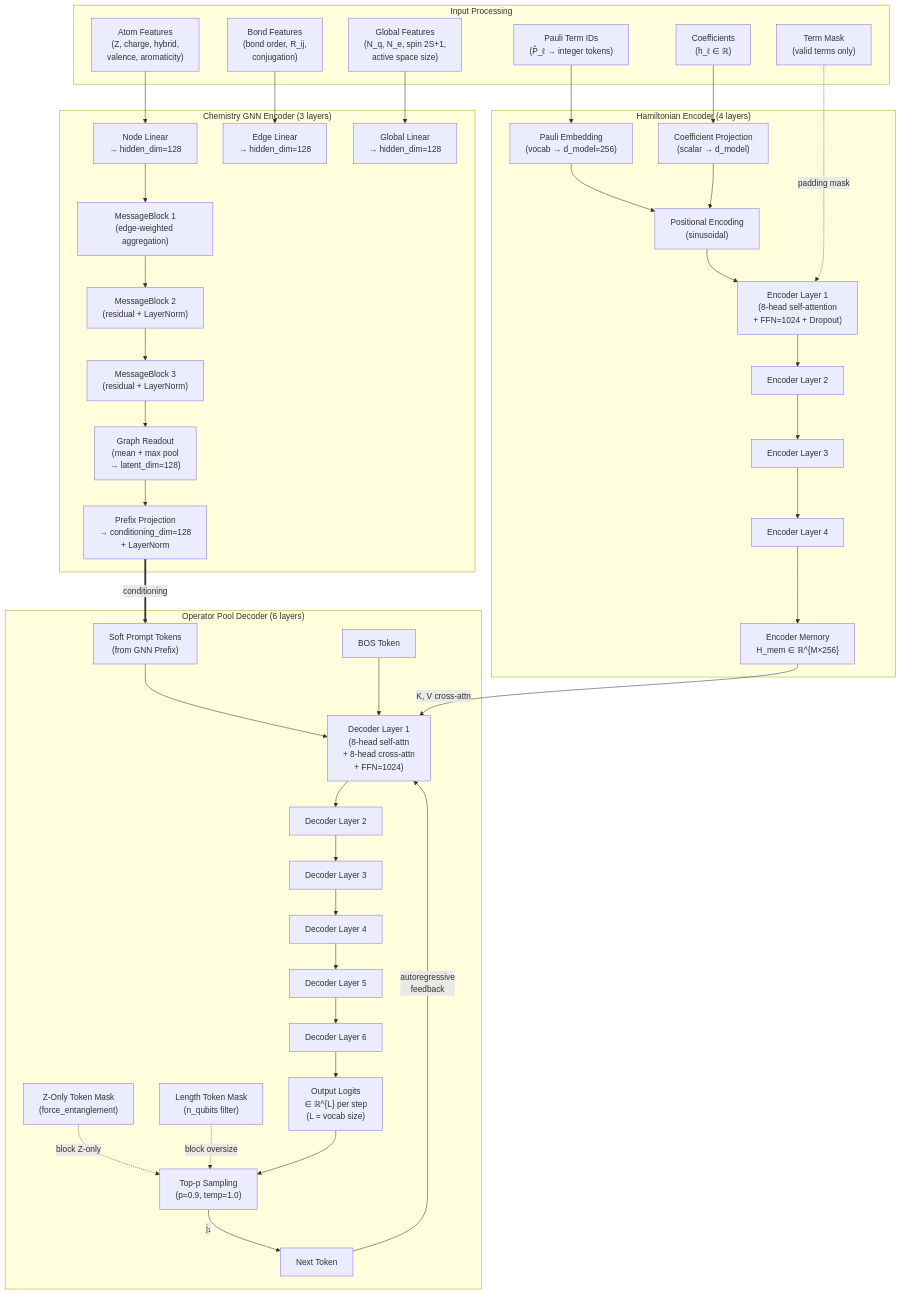
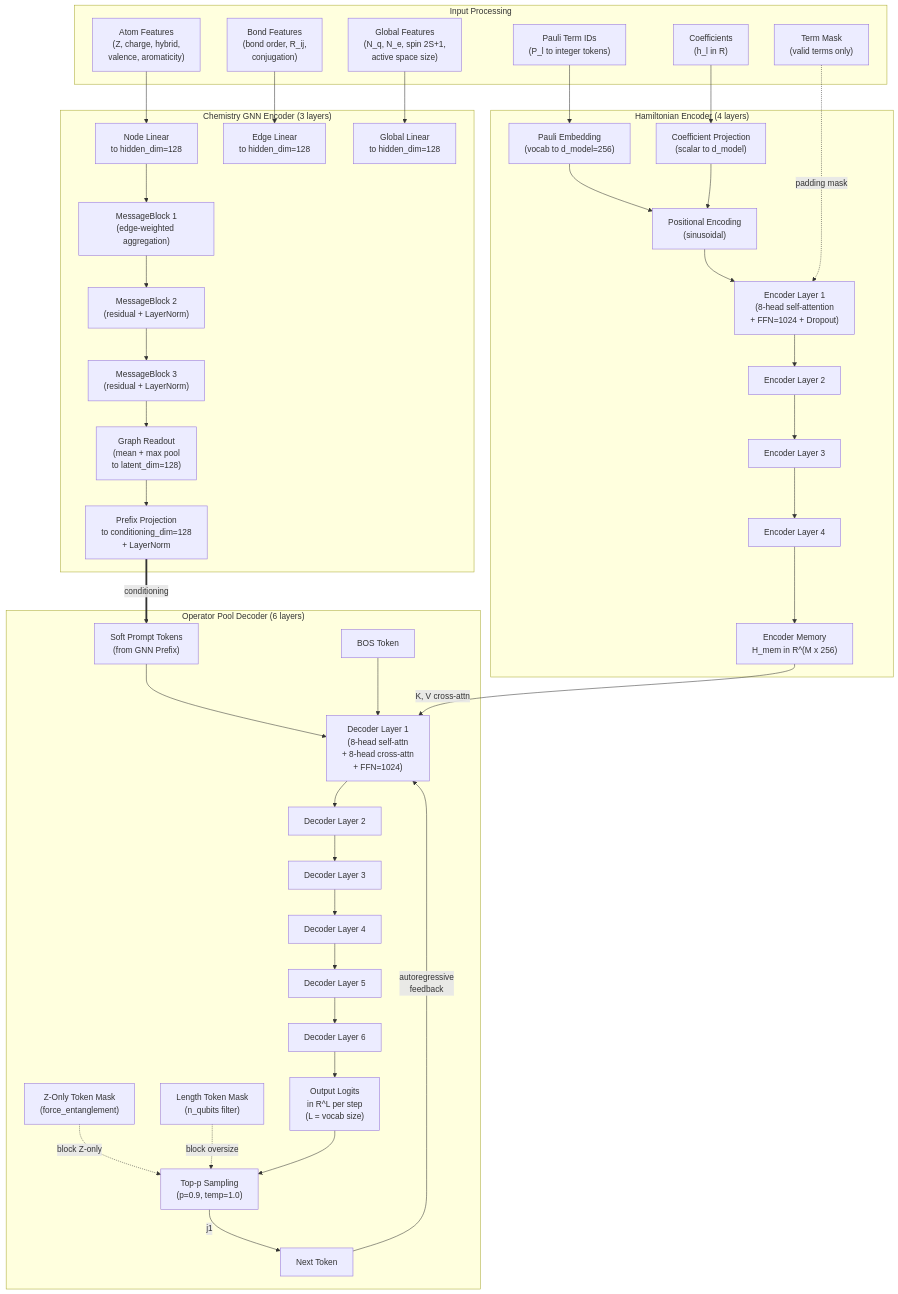
Before and after one commit to Quantum-Buddies/Conditional-GQE_materials: the second of 11 diagrams in README.md, drawn with Mermaid. The commit also changed other lines of this file, not shown here.

First line of the commit message:
fix: replace all Unicode with ASCII in Mermaid diagrams for GitHub rendering

````diff
--- a/README.md
+++ b/README.md
@@ -123,69 +123,69 @@
 ```mermaid
 flowchart TD
     subgraph Input_Layer ["Input Processing"]
         Atoms["Atom Features<br>(Z, charge, hybrid,<br>valence, aromaticity)"]
         Bonds["Bond Features<br>(bond order, R_ij,<br>conjugation)"]
         Globals["Global Features<br>(N_q, N_e, spin 2S+1,<br>active space size)"]
-        PauliIDs["Pauli Term IDs<br>(P̂_ℓ → integer tokens)"]
-        Coeffs["Coefficients<br>(h_ℓ ∈ ℝ)"]
+        PauliIDs["Pauli Term IDs<br>(P_l to integer tokens)"]
+        Coeffs["Coefficients<br>(h_l in R)"]
         TermMask["Term Mask<br>(valid terms only)"]
     end
 
     subgraph GNN_Layer ["Chemistry GNN Encoder (3 layers)"]
-        NodeIn["Node Linear<br>→ hidden_dim=128"]
-        EdgeIn["Edge Linear<br>→ hidden_dim=128"]
-        GlobIn["Global Linear<br>→ hidden_dim=128"]
+        NodeIn["Node Linear<br>to hidden_dim=128"]
+        EdgeIn["Edge Linear<br>to hidden_dim=128"]
+        GlobIn["Global Linear<br>to hidden_dim=128"]
         MP1["MessageBlock 1<br>(edge-weighted aggregation)"]
         MP2["MessageBlock 2<br>(residual + LayerNorm)"]
         MP3["MessageBlock 3<br>(residual + LayerNorm)"]
-        Readout["Graph Readout<br>(mean + max pool<br>→ latent_dim=128)"]
-        Prefix["Prefix Projection<br>→ conditioning_dim=128<br>+ LayerNorm"]
+        Readout["Graph Readout<br>(mean + max pool<br>to latent_dim=128)"]
+        Prefix["Prefix Projection<br>to conditioning_dim=128<br>+ LayerNorm"]
         Atoms --> NodeIn
         Bonds --> EdgeIn
         Globals --> GlobIn
         NodeIn --> MP1 --> MP2 --> MP3 --> Readout --> Prefix
     end
 
     subgraph HamEnc_Layer ["Hamiltonian Encoder (4 layers)"]
-        PauliEmb["Pauli Embedding<br>(vocab → d_model=256)"]
-        CoeffProj["Coefficient Projection<br>(scalar → d_model)"]
+        PauliEmb["Pauli Embedding<br>(vocab to d_model=256)"]
+        CoeffProj["Coefficient Projection<br>(scalar to d_model)"]
         PosEnc["Positional Encoding<br>(sinusoidal)"]
         EncL1["Encoder Layer 1<br>(8-head self-attention<br>+ FFN=1024 + Dropout)"]
         EncL2["Encoder Layer 2"]
         EncL3["Encoder Layer 3"]
         EncL4["Encoder Layer 4"]
-        Mem["Encoder Memory<br>H_mem ∈ ℝ^{M×256}"]
+        Mem["Encoder Memory<br>H_mem in R^(M x 256)"]
         PauliIDs --> PauliEmb
         Coeffs --> CoeffProj
         PauliEmb --> PosEnc
         CoeffProj --> PosEnc
         PosEnc --> EncL1 --> EncL2 --> EncL3 --> EncL4 --> Mem
         TermMask -.->|"padding mask"| EncL1
     end
 
     subgraph Decoder_Layer ["Operator Pool Decoder (6 layers)"]
         PrefixTokens["Soft Prompt Tokens<br>(from GNN Prefix)"]
         BOS["BOS Token"]
         DecL1["Decoder Layer 1<br>(8-head self-attn<br>+ 8-head cross-attn<br>+ FFN=1024)"]
         DecL2["Decoder Layer 2"]
         DecL3["Decoder Layer 3"]
         DecL4["Decoder Layer 4"]
         DecL5["Decoder Layer 5"]
         DecL6["Decoder Layer 6"]
-        Logits["Output Logits<br>∈ ℝ^{L} per step<br>(L = vocab size)"]
+        Logits["Output Logits<br>in R^L per step<br>(L = vocab size)"]
         Sample["Top-p Sampling<br>(p=0.9, temp=1.0)"]
         ZMask["Z-Only Token Mask<br>(force_entanglement)"]
         LenMask["Length Token Mask<br>(n_qubits filter)"]
         PrefixTokens --> DecL1
         BOS --> DecL1
         Mem -->|"K, V cross-attn"| DecL1
         DecL1 --> DecL2 --> DecL3 --> DecL4 --> DecL5 --> DecL6 --> Logits
         ZMask -.->|"block Z-only"| Sample
         LenMask -.->|"block oversize"| Sample
         Logits --> Sample
-        Sample -->|"j₁"| NextTok["Next Token"]
+        Sample -->|"j1"| NextTok["Next Token"]
         NextTok -->|"autoregressive<br>feedback"| DecL1
     end
 
     Prefix ==>|"conditioning"| PrefixTokens
 ```
````
